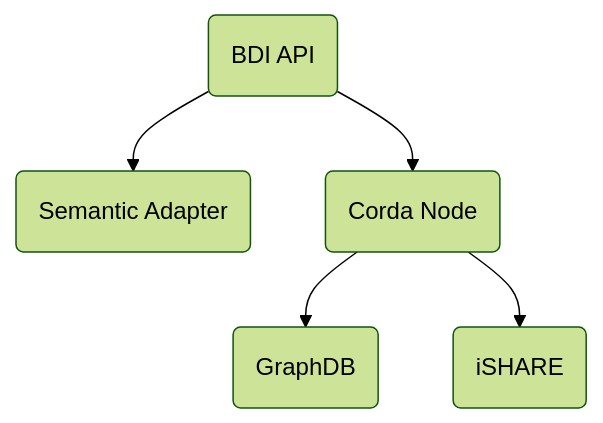
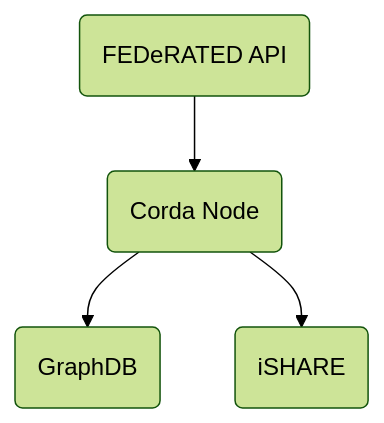
The diagram in README.md (federatedplatforms/FEDeRATED-BDI), drawn with Mermaid (forest theme) before and after one commit. The commit also changed other lines of this file and 23 other files, not shown here.

````diff
--- a/README.md
+++ b/README.md
@@ -16,7 +15,6 @@
 ```mermaid
 graph TD
-    API(BDI API) --> SEM(Semantic Adapter)
-    API(BDI API) --> CORDA(Corda Node)
+    API(FEDeRATED API) --> CORDA(Corda Node)
     CORDA --> GRAPHDB(GraphDB)
     CORDA --> ISHARE(iSHARE)
 ```
````
